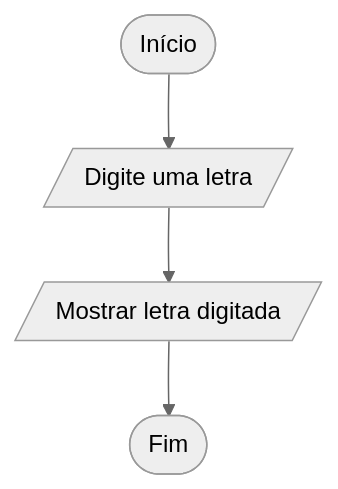
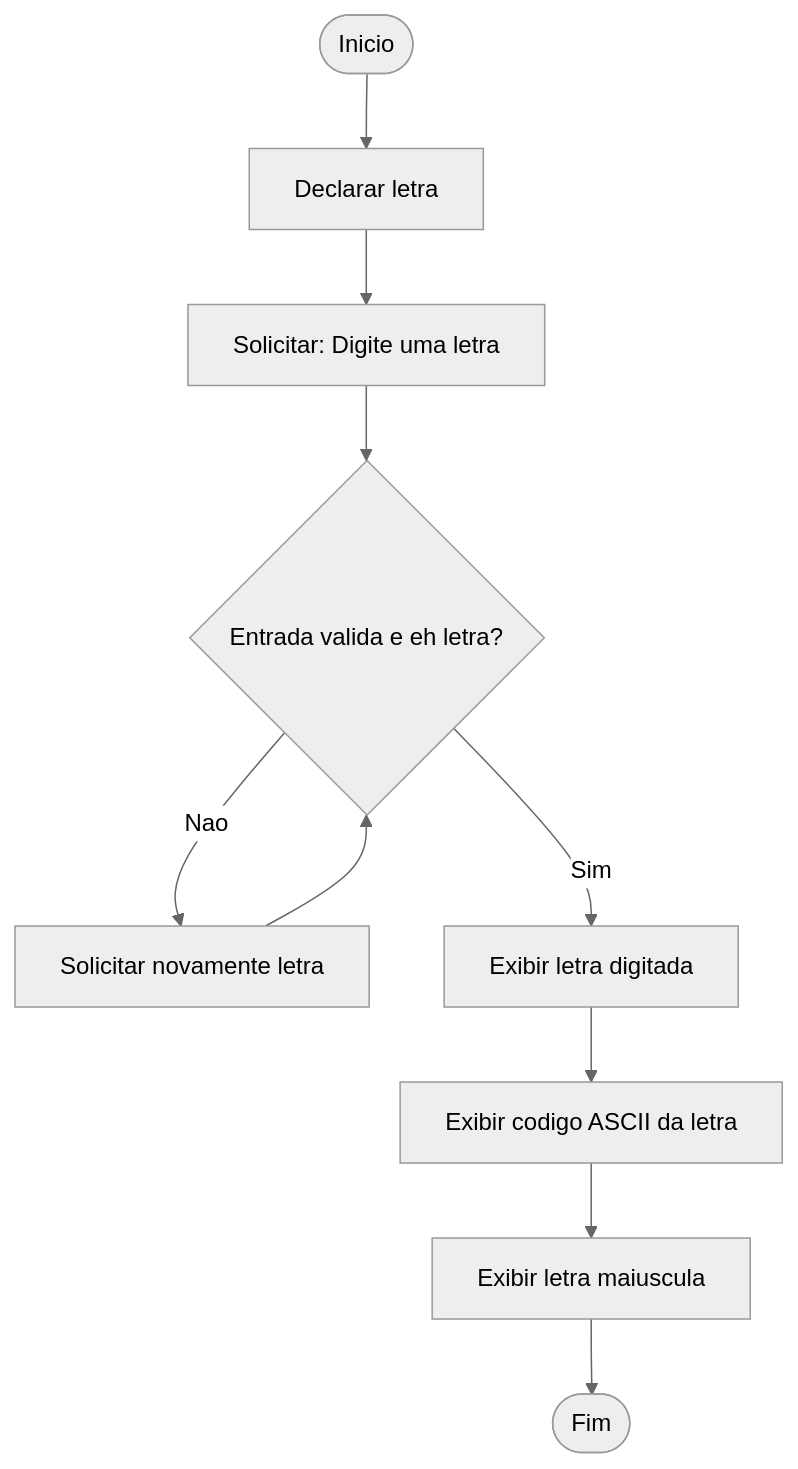
One commit to DanoloBR/portiflio-dan changed the fourth of 10 diagrams in README.md. Above: the diagram before and after it, drawn with Mermaid (neutral theme). The commit also changed other lines of this file, not shown here.

````diff
--- a/README.md
+++ b/README.md
@@ -77,6 +75,16 @@
 ```mermaid
 flowchart TD
-  A([Início]) --> B[/Digite uma letra/]
-  B --> C[/Mostrar letra digitada/]
-  C --> D([Fim])
+    A([Inicio])
+    B[Declarar letra]
+    C[Solicitar: Digite uma letra]
+    D{Entrada valida e eh letra?}
+    E[Solicitar novamente letra]
+    F[Exibir letra digitada]
+    G[Exibir codigo ASCII da letra]
+    H[Exibir letra maiuscula]
+    I([Fim])
+
+    A --> B --> C --> D
+    D -->|Nao| E --> D
+    D -->|Sim| F --> G --> H --> I
 ```
````
